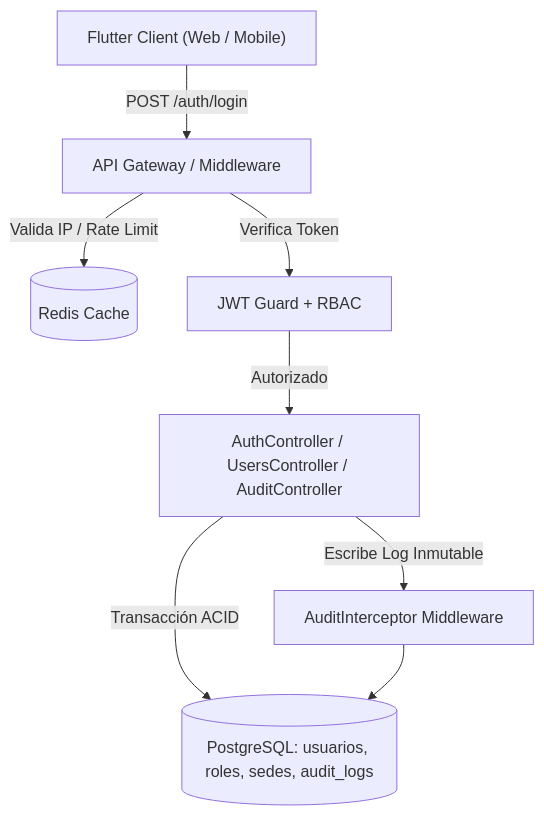
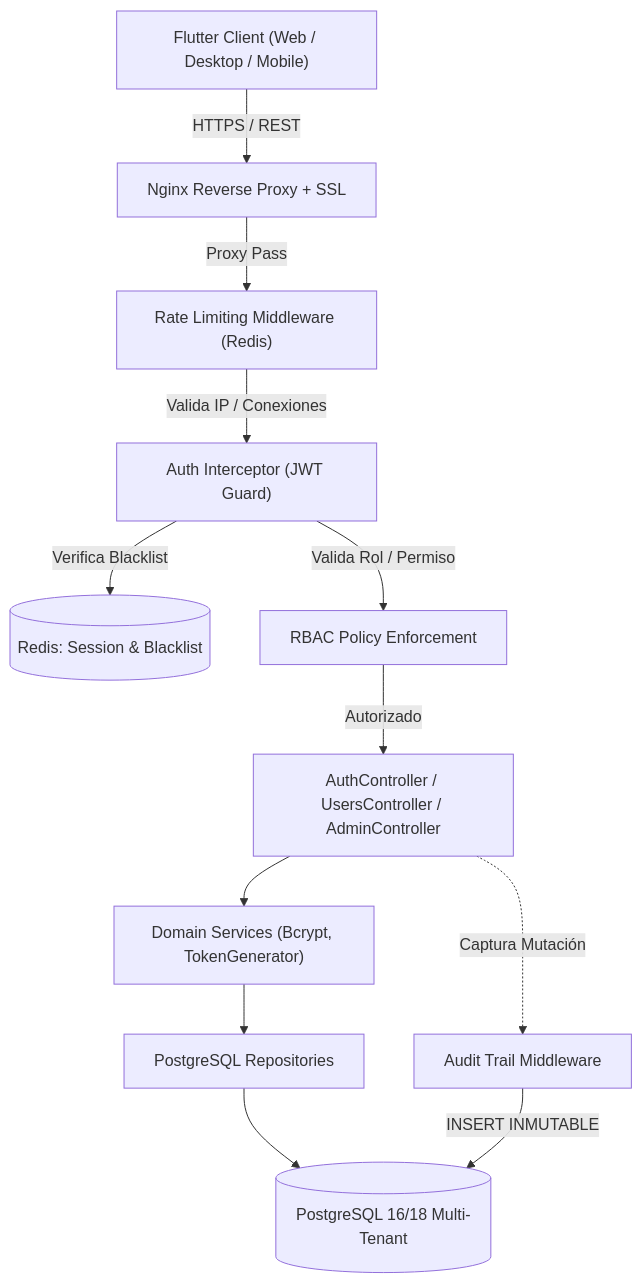
The first of 2 diagrams in D - Base 1 - 01092026/Fase 2/Arquitectura/Squad 1 - Core y Seguridad/README.md (Eduardo-Sebastian-Paipay-Vega/school-management-system), drawn with Mermaid before and after one commit. The commit also changed other lines of this file and 20 other files, not shown here.

Commit message:
docs(arquitectura): specialize Arquitectura to pure technical engineering (READMEs, DDL SQL and API contracts per squad)

````diff
--- a/D - Base 1 - 01092026/Fase 2/Arquitectura/Squad 1 - Core y Seguridad/README.md
+++ b/D - Base 1 - 01092026/Fase 2/Arquitectura/Squad 1 - Core y Seguridad/README.md
@@ -49,10 +28,14 @@
 ```mermaid
 graph TD
-    Client["Flutter Client (Web / Mobile)"] -->|POST /auth/login| Gateway["API Gateway / Middleware"]
-    Gateway -->|Valida IP / Rate Limit| RateLimit[(Redis Cache)]
-    Gateway -->|Verifica Token| JWT["JWT Guard + RBAC"]
-    JWT -->|Autorizado| Ctrl["AuthController / UsersController / AuditController"]
-    Ctrl -->|Transacción ACID| PG[(PostgreSQL: usuarios, roles, sedes, audit_logs)]
-    Ctrl -->|Escribe Log Inmutable| AuditLog["AuditInterceptor Middleware"]
-    AuditLog --> PG
+    Client["Flutter Client (Web / Desktop / Mobile)"] -->|HTTPS / REST| Nginx["Nginx Reverse Proxy + SSL"]
+    Nginx -->|Proxy Pass| RateLimiter["Rate Limiting Middleware (Redis)"]
+    RateLimiter -->|Valida IP / Conexiones| AuthMiddleware["Auth Interceptor (JWT Guard)"]
+    AuthMiddleware -->|Verifica Blacklist| Redis[(Redis: Session & Blacklist)]
+    AuthMiddleware -->|Valida Rol / Permiso| RBAC["RBAC Policy Enforcement"]
+    RBAC -->|Autorizado| Controllers["AuthController / UsersController / AdminController"]
+    Controllers --> Services["Domain Services (Bcrypt, TokenGenerator)"]
+    Services --> Repositories["PostgreSQL Repositories"]
+    Repositories --> DB[(PostgreSQL 16/18 Multi-Tenant)]
+    Controllers -.->|Captura Mutación| AuditInterceptor["Audit Trail Middleware"]
+    AuditInterceptor -->|INSERT INMUTABLE| DB
 ```
````
